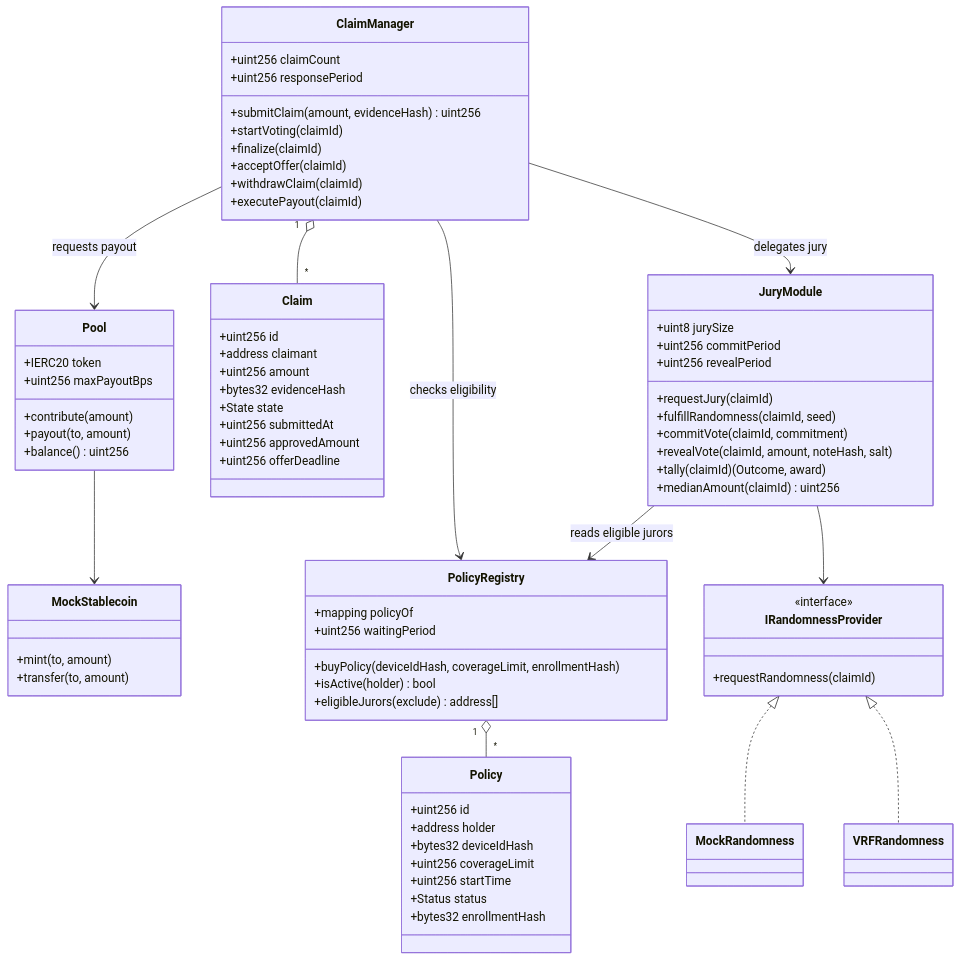
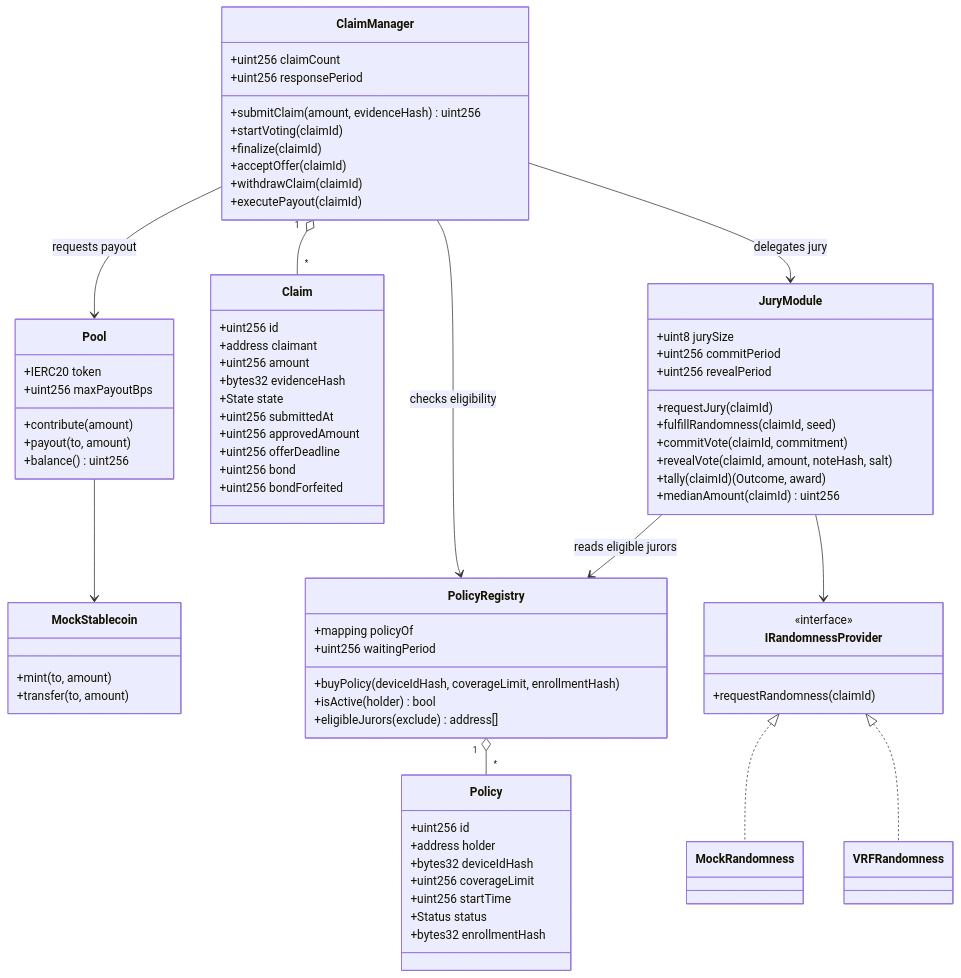
One commit to StephanieNgu/trust-pool changed the second of 5 diagrams in docs/design-doc.md. Above: the diagram before and after it, drawn with Mermaid. The commit also changed other lines of this file and 24 other files, not shown here.

```diff
--- a/docs/design-doc.md
+++ b/docs/design-doc.md
@@ -118,6 +118,8 @@
         +uint256 submittedAt
         +uint256 approvedAmount
         +uint256 offerDeadline
+        +uint256 bond
+        +uint256 bondForfeited
     }
 
     class JuryModule {
```
